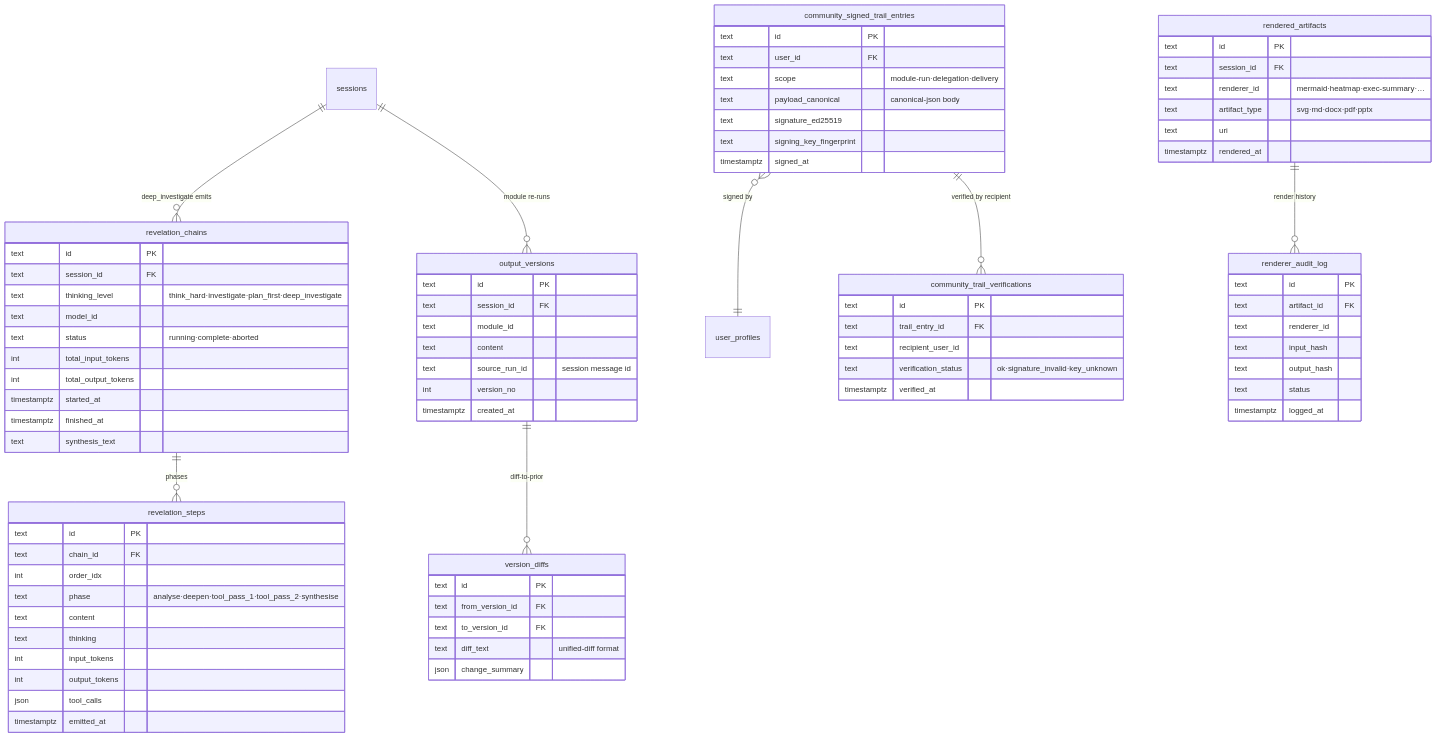
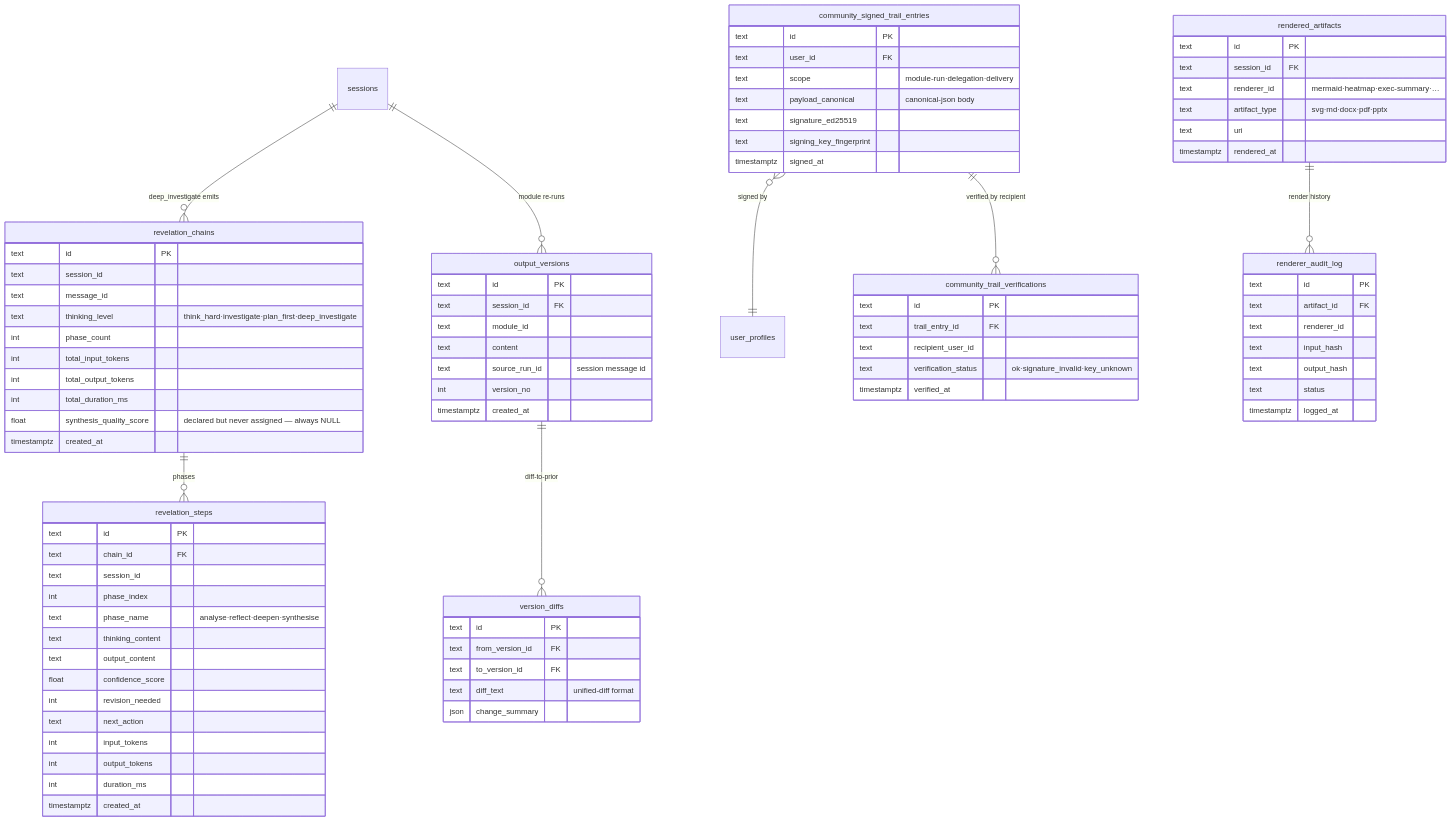
The diagram in docs/architecture/20d-database-reasoning-trails.md (altspace-hub/ANTON), drawn with Mermaid before and after one commit. The commit also changed other lines of this file and 2 other files, not shown here.

Commit message:
docs(architecture): code-wins-over-docs corrections — trails schema, orchestrator phase status, funnel dead code
2026-07-06 audit corrections: revelation_chains/revelation_steps diagram now
matches schema.postgresql.sql (trails are after-the-fact logs, not replayable;
synthesis_quality_score is never assigned); orchestrator Phases 2-4 downgraded
to gate-decision-only (no execution path obeys applyOrchestratorAction, and the
auto-execute loop records outcome='auto_executed' without acting); the
cross-workflow funnel has zero callers — its stages run inlined in
routes/claude.ts.

```diff
--- a/docs/architecture/20d-database-reasoning-trails.md
+++ b/docs/architecture/20d-database-reasoning-trails.md
@@ -20,28 +22,32 @@
 
   revelation_chains {
     text id PK
-    text session_id FK
+    text session_id
+    text message_id
     text thinking_level "think_hard·investigate·plan_first·deep_investigate"
-    text model_id
-    text status "running·complete·aborted"
+    int phase_count
     int total_input_tokens
     int total_output_tokens
-    timestamptz started_at
-    timestamptz finished_at
-    text synthesis_text
+    int total_duration_ms
+    float synthesis_quality_score "declared but never assigned — always NULL"
+    timestamptz created_at
   }
 
   revelation_steps {
     text id PK
     text chain_id FK
-    int order_idx
-    text phase "analyse·deepen·tool_pass_1·tool_pass_2·synthesise"
-    text content
-    text thinking
+    text session_id
+    int phase_index
+    text phase_name "analyse·reflect·deepen·synthesise"
+    text thinking_content
+    text output_content
+    float confidence_score
+    int revision_needed
+    text next_action
     int input_tokens
     int output_tokens
-    json tool_calls
-    timestamptz emitted_at
+    int duration_ms
+    timestamptz created_at
   }
 
   output_versions {
```
